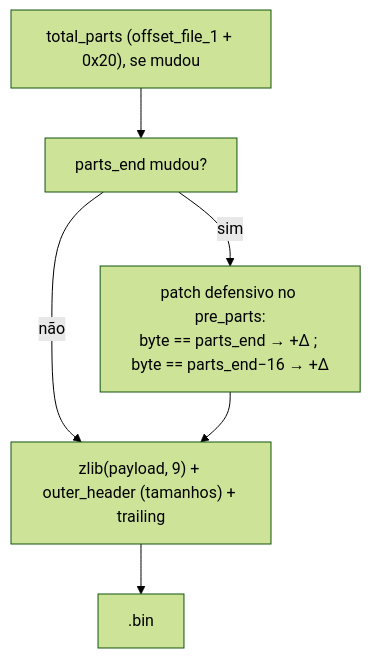
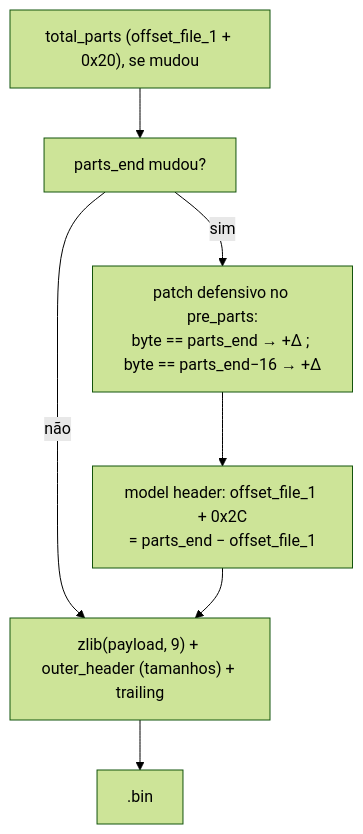
The fifth of 6 diagrams in docs/03-pipeline.md (FVitor7/wepes3d), drawn with Mermaid (forest theme) before and after one commit. The commit also changed other lines of this file and 18 other files, not shown here.

First line of the commit message:
Fix the parts end in the model header, .obj UVs and zero-diff roundtrip

````diff
--- a/docs/03-pipeline.md
+++ b/docs/03-pipeline.md
@@ -175,8 +179,9 @@
 ```mermaid
 flowchart TB
     P1["total_parts (offset_file_1 + 0x20), se mudou"] --> P2
     P2["parts_end mudou?"] -->|sim| P3["patch defensivo no pre_parts:<br/>byte == parts_end → +Δ ; byte == parts_end−16 → +Δ"]
+    P3 --> P3B["model header: offset_file_1 + 0x2C<br/>= parts_end − offset_file_1"]
     P2 -->|não| P4
-    P3 --> P4["zlib(payload, 9) + outer_header (tamanhos) + trailing"]
+    P3B --> P4["zlib(payload, 9) + outer_header (tamanhos) + trailing"]
     P4 --> OUT[".bin"]
 ```
````
